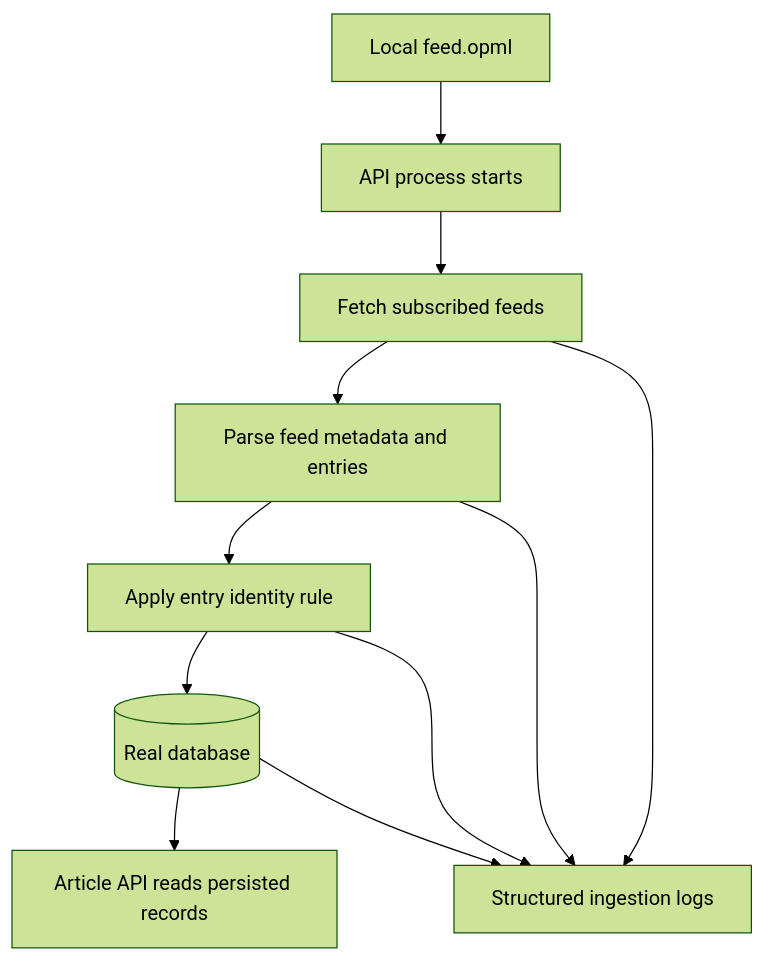
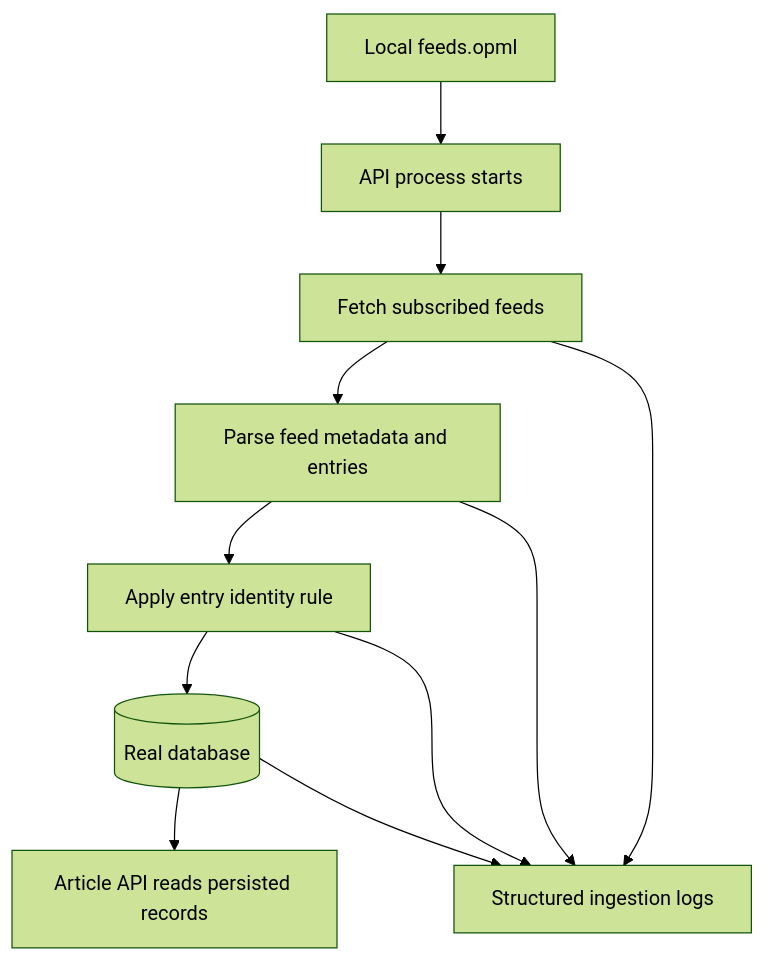
The diagram in docs/en/brainstorms/2026-04-15-v0-1-slice-2-feed-ingestion-requirements.md (sommio/RSSift), drawn with Mermaid (forest theme) before and after one commit. The commit also changed other lines of this file and 3 other files, not shown here.

````diff
--- a/docs/en/brainstorms/2026-04-15-v0-1-slice-2-feed-ingestion-requirements.md
+++ b/docs/en/brainstorms/2026-04-15-v0-1-slice-2-feed-ingestion-requirements.md
@@ -19,13 +19,13 @@
 ```mermaid
 flowchart TB
-    OPML[Local feed.opml] --> START[API process starts]
+    OPML[Local feeds.opml] --> START[API process starts]
     START --> FETCH[Fetch subscribed feeds]
     FETCH --> PARSE[Parse feed metadata and entries]
     PARSE --> DEDUP[Apply entry identity rule]
     DEDUP --> DB[(Real database)]
     DB --> API[Article API reads persisted records]
     FETCH --> LOGS[Structured ingestion logs]
     PARSE --> LOGS
     DEDUP --> LOGS
     DB --> LOGS
 ```
````
